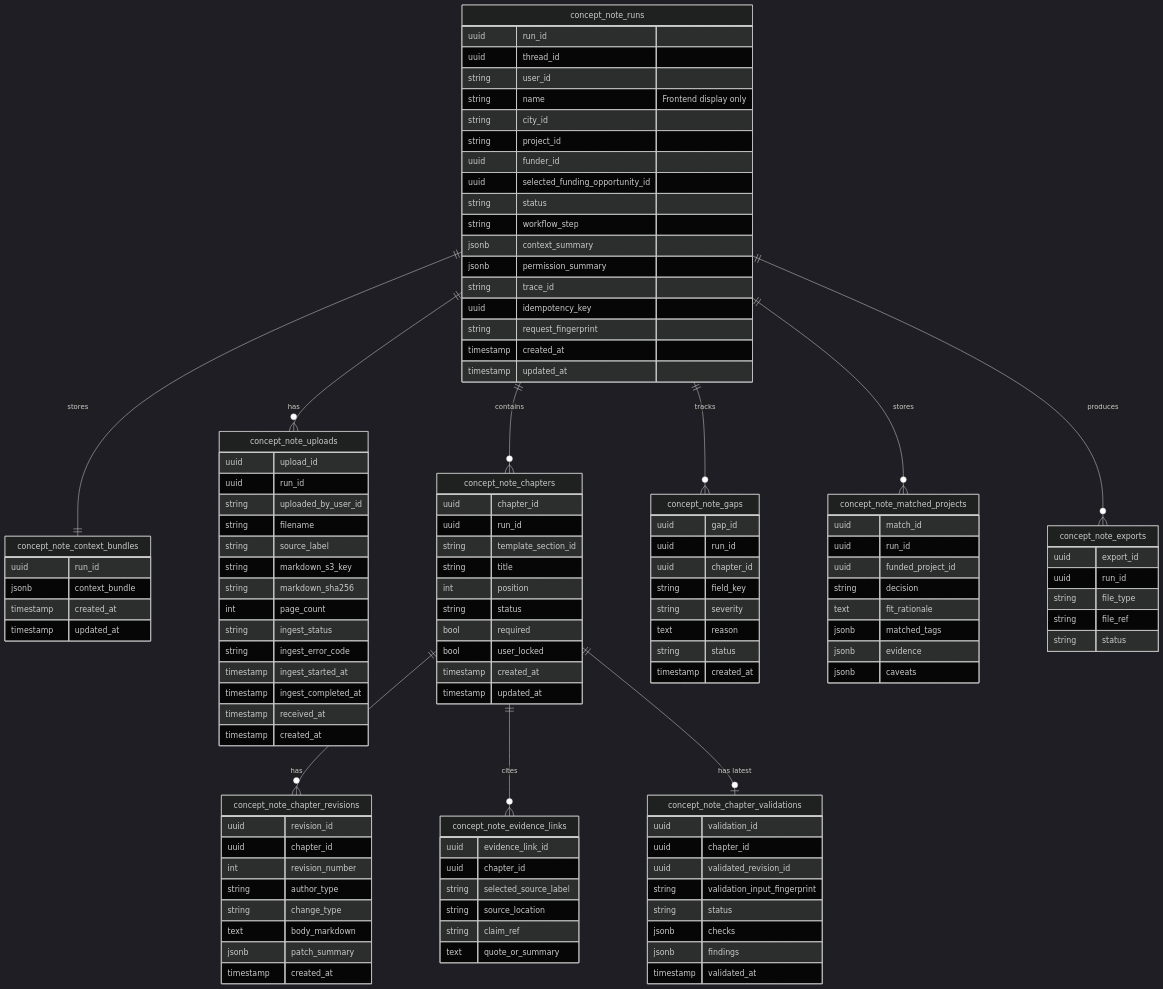
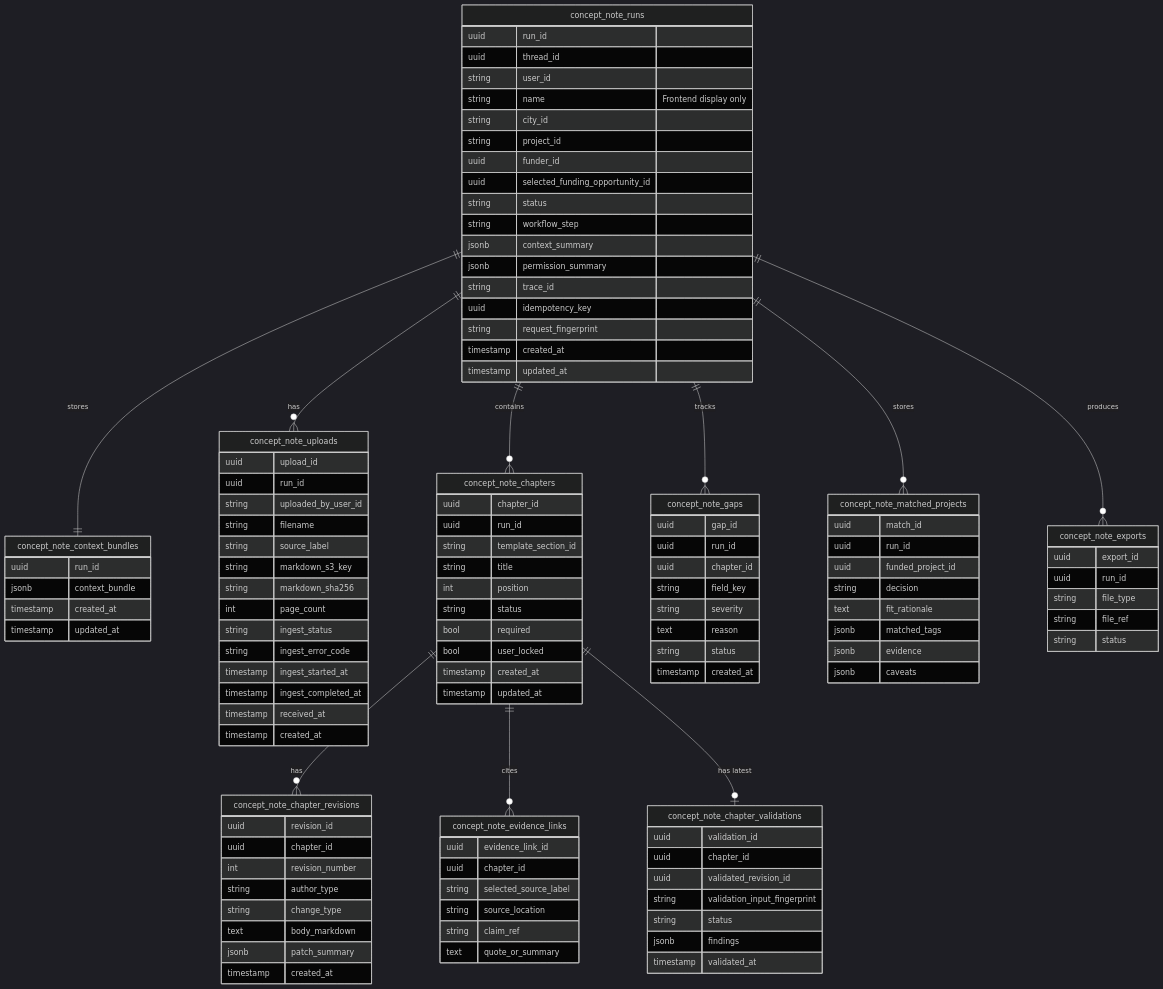
Before and after one commit to Open-Earth-Foundation/CityCatalyst: the sixth of 14 diagrams in docs/ConceptNoteBuilderArchitecture.md, drawn with Mermaid (dark theme). The commit also changed other lines of this file and 26 other files, not shown here.

```diff
--- a/docs/ConceptNoteBuilderArchitecture.md
+++ b/docs/ConceptNoteBuilderArchitecture.md
@@ -914,7 +914,6 @@
         uuid validated_revision_id
         string validation_input_fingerprint
         string status
-        jsonb checks
         jsonb findings
         timestamp validated_at
     }
```
